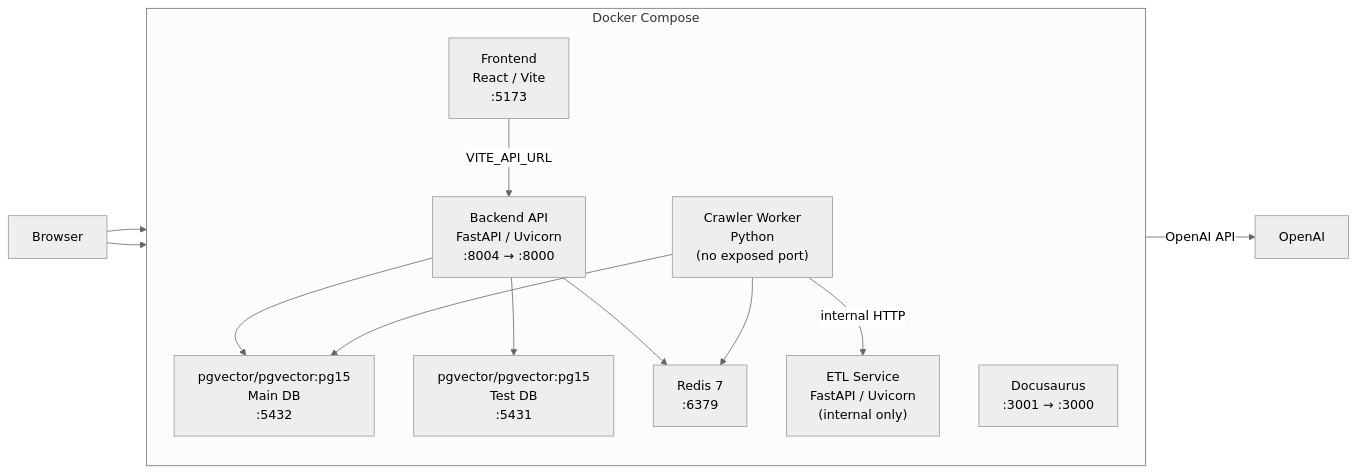
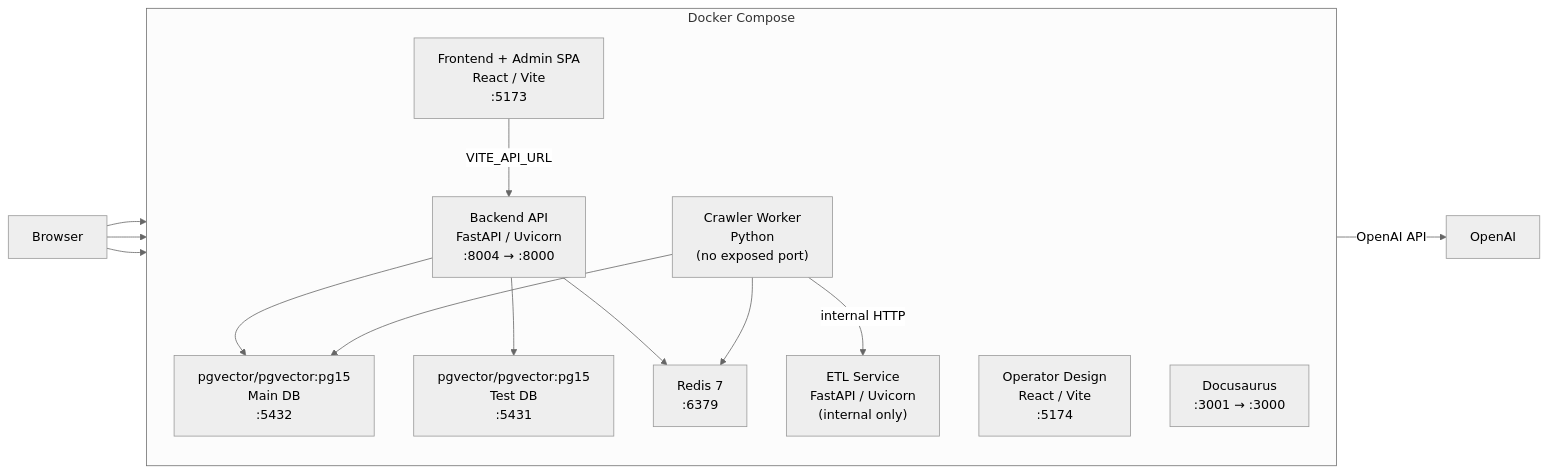
Before and after one commit to danphenderson/baldin: the diagram in docs/docs/architecture/system-overview.md, drawn with Mermaid (neutral theme). The commit also changed other lines of this file and 233 other files, not shown here.

Commit message:
feat: stopping all figma work and moving over v2.1, which currently is a design system -- a new frontend will be built around it

````diff
--- a/docs/docs/architecture/system-overview.md
+++ b/docs/docs/architecture/system-overview.md
@@ -16,30 +18,32 @@
 ```mermaid
 graph LR
     accTitle: Baldin Service Topology
-    accDescr: Shows the Docker Compose stack — Frontend (React/Vite on port 5173), Backend API (FastAPI/Uvicorn on port 8000), internal ETL service, Crawler Worker, Main PostgreSQL DB with pgvector (5432), Test DB (5431), Redis (6379), Docs (3001), and an external OpenAI LLM — and the connection direction between them.
+    accDescr: Shows the Docker Compose stack — Frontend plus Admin SPA (React/Vite on port 5173), Operator Design reference app (React/Vite on port 5174), Backend API (FastAPI/Uvicorn on port 8000), internal ETL service, Crawler Worker, Main PostgreSQL DB with pgvector (5432), Test DB (5431), Redis (6379), Docs (3001), and an external OpenAI LLM — and the connection direction between them.
     Browser["Browser"]
     LLM["OpenAI"]
 
     subgraph dc["Docker Compose"]
         direction TB
-        FE["Frontend<br/>React / Vite<br/>:5173"]
+        FE["Frontend + Admin SPA<br/>React / Vite<br/>:5173"]
+        OD["Operator Design<br/>React / Vite<br/>:5174"]
         API["Backend API<br/>FastAPI / Uvicorn<br/>:8004 → :8000"]
         ETL["ETL Service<br/>FastAPI / Uvicorn<br/>(internal only)"]
         CW["Crawler Worker<br/>Python<br/>(no exposed port)"]
         DB["pgvector/pgvector:pg15<br/>Main DB<br/>:5432"]
         TDB["pgvector/pgvector:pg15<br/>Test DB<br/>:5431"]
         RD["Redis 7<br/>:6379"]
         DOCS["Docusaurus<br/>:3001 → :3000"]
     end
 
     Browser --> FE
+    Browser --> OD
     Browser --> DOCS
     FE -->|VITE_API_URL| API
     API --> DB
     API --> TDB
     API --> RD
     CW -->|internal HTTP| ETL
     CW --> DB
     CW --> RD
     API -->|OpenAI API| LLM
 ```
````
